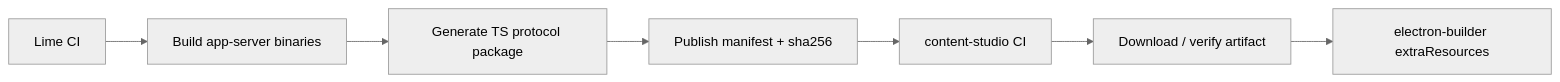
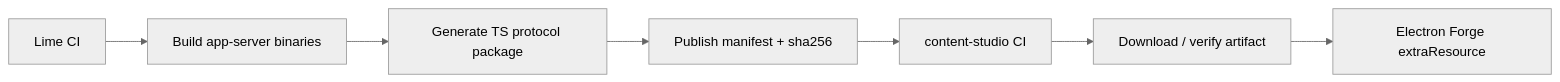
One commit to jiujuan/lime changed the diagram in internal/roadmap/appserver/consumer-integration.md. Above: the diagram before and after it, drawn with Mermaid (neutral theme). The commit also changed other lines of this file and 496 other files, not shown here.

````diff
--- a/internal/roadmap/appserver/consumer-integration.md
+++ b/internal/roadmap/appserver/consumer-integration.md
@@ -294,9 +294,9 @@
 ```mermaid
 flowchart LR
     Lime["Lime CI"] --> Build["Build app-server binaries"]
     Build --> Schema["Generate TS protocol package"]
     Schema --> Manifest["Publish manifest + sha256"]
     Manifest --> AppCI["content-studio CI"]
     AppCI --> Verify["Download / verify artifact"]
-    Verify --> Bundle["electron-builder extraResources"]
+    Verify --> Bundle["Electron Forge extraResource"]
 ```
````
